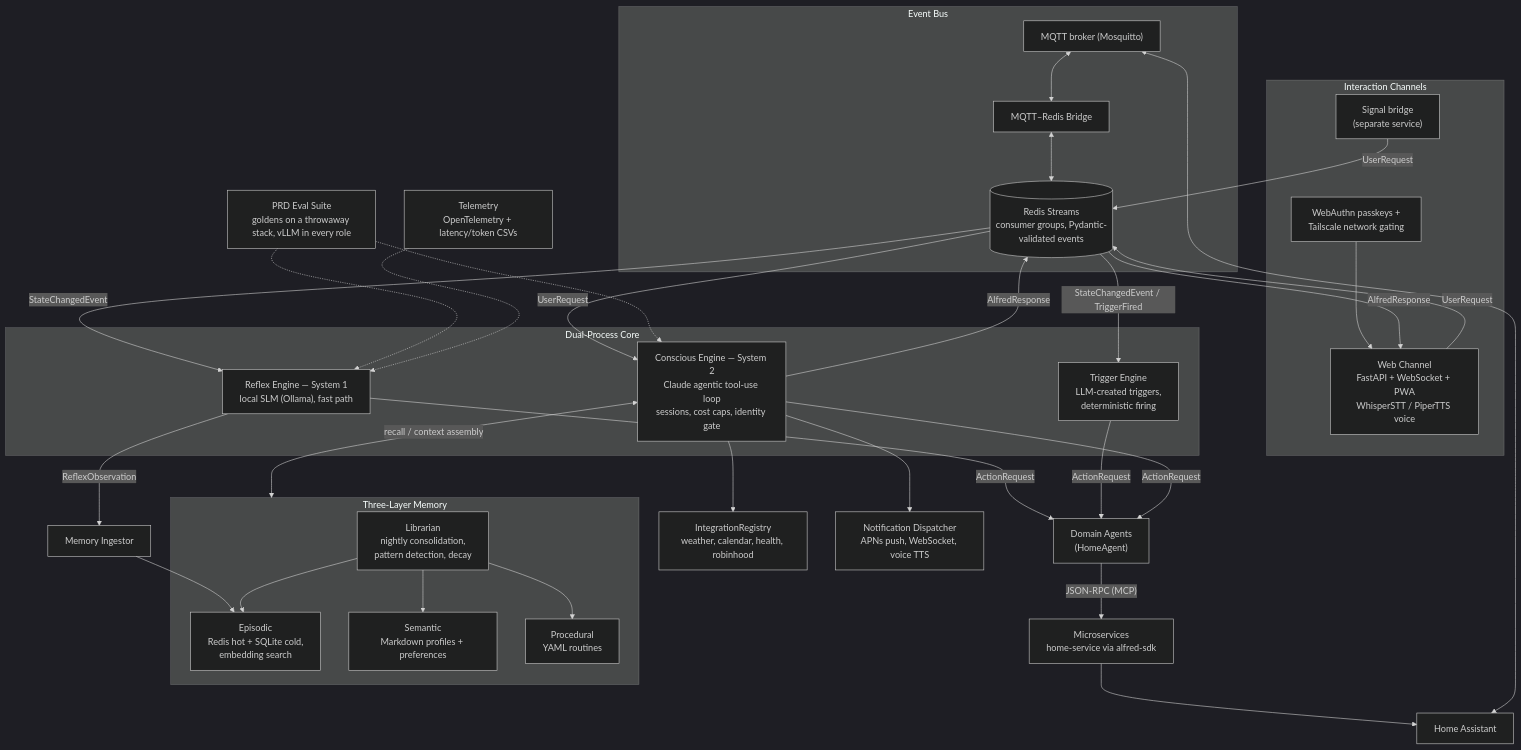
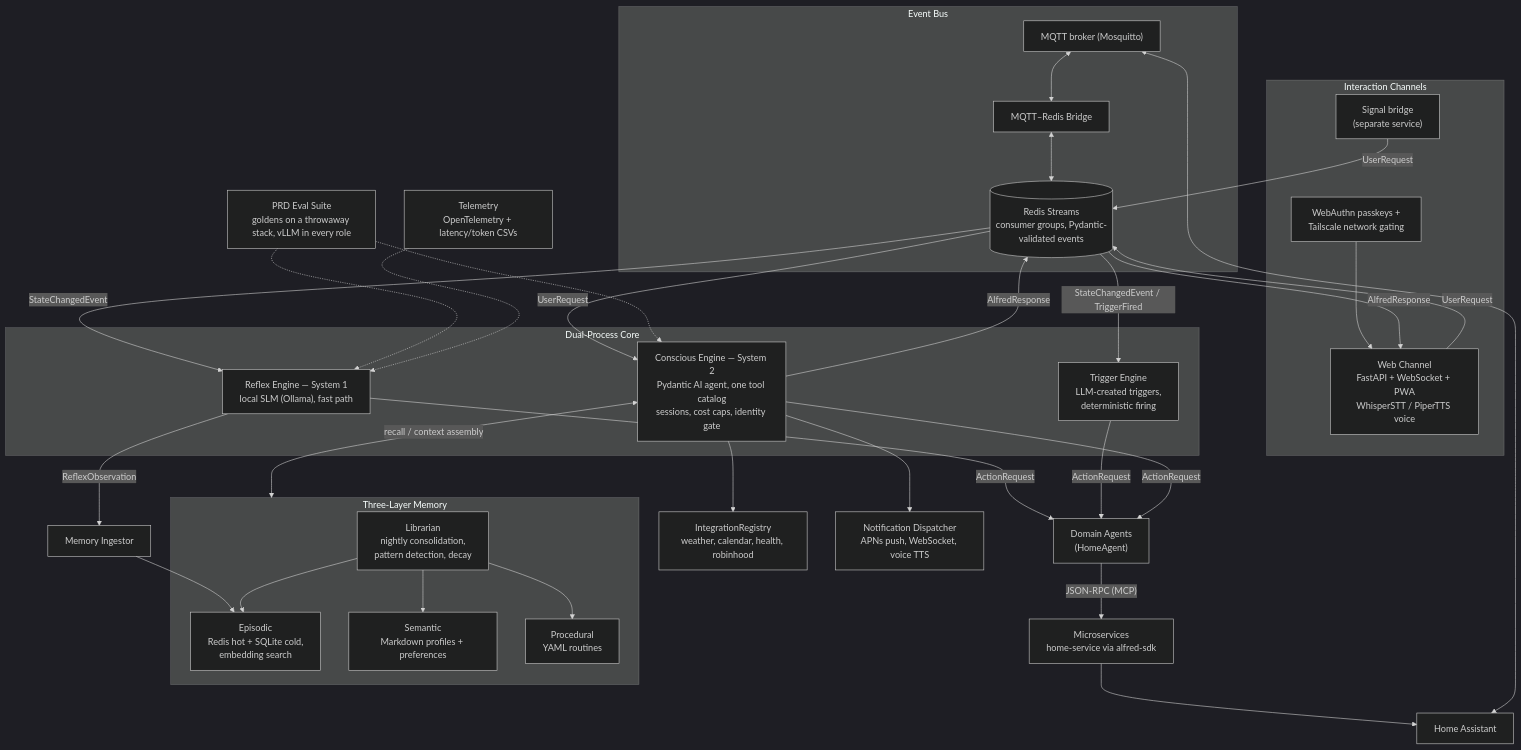
Before and after one commit to anirudhlath/alfred: the diagram in README.md, drawn with Mermaid (dark theme). The commit also changed other lines of this file and 108 other files, not shown here.

First line of the commit message:
feat(conscious): System 2 and the Librarian on Pydantic AI; litellm out (#360)

````diff
--- a/README.md
+++ b/README.md
@@ -18,57 +18,57 @@
 ```mermaid
 flowchart TB
     subgraph BUS["Event Bus"]
         MQTT["MQTT broker (Mosquitto)"] <--> Bridge["MQTT–Redis Bridge"]
         Bridge <--> Streams[("Redis Streams<br/>consumer groups, Pydantic-validated events")]
     end
 
     HA["Home Assistant"] <--> MQTT
 
     subgraph CHANNELS["Interaction Channels"]
         WebAuthn["WebAuthn passkeys +<br/>Tailscale network gating"] --> WebChannel
         WebChannel["Web Channel<br/>FastAPI + WebSocket + PWA<br/>WhisperSTT / PiperTTS voice"]
         SignalBridge["Signal bridge<br/>(separate service)"]
     end
 
     WebChannel -->|UserRequest| Streams
     SignalBridge -->|UserRequest| Streams
     Streams -->|AlfredResponse| WebChannel
 
     subgraph CORE["Dual-Process Core"]
         Reflex["Reflex Engine — System 1<br/>local SLM (Ollama), fast path"]
         Triggers["Trigger Engine<br/>LLM-created triggers,<br/>deterministic firing"]
-        Conscious["Conscious Engine — System 2<br/>Claude agentic tool-use loop<br/>sessions, cost caps, identity gate"]
+        Conscious["Conscious Engine — System 2<br/>Pydantic AI agent, one tool catalog<br/>sessions, cost caps, identity gate"]
     end
 
     Streams -->|StateChangedEvent| Reflex
     Streams -->|StateChangedEvent / TriggerFired| Triggers
     Streams -->|UserRequest| Conscious
     Conscious -->|AlfredResponse| Streams
 
     Reflex -->|ActionRequest| Agents
     Triggers -->|ActionRequest| Agents
     Conscious -->|ActionRequest| Agents
 
     Agents["Domain Agents<br/>(HomeAgent)"] -->|"JSON-RPC (MCP)"| Services["Microservices<br/>home-service via alfred-sdk"]
     Services --> HA
 
     subgraph MEMORY["Three-Layer Memory"]
         Episodic["Episodic<br/>Redis hot + SQLite cold,<br/>embedding search"]
         Semantic["Semantic<br/>Markdown profiles + preferences"]
         Procedural["Procedural<br/>YAML routines"]
         Librarian["Librarian<br/>nightly consolidation,<br/>pattern detection, decay"]
     end
 
     Reflex -->|ReflexObservation| Ingestor["Memory Ingestor"] --> Episodic
     Conscious <-->|recall / context assembly| MEMORY
     Librarian --> Episodic
     Librarian --> Semantic
     Librarian --> Procedural
 
     Conscious --> Integrations["IntegrationRegistry<br/>weather, calendar, health, robinhood"]
     Conscious --> Notify["Notification Dispatcher<br/>APNs push, WebSocket, voice TTS"]
 
     Evals["PRD Eval Suite<br/>goldens on a throwaway stack, vLLM in every role"] -.-> Reflex
     Evals -.-> Conscious
     Telemetry["Telemetry<br/>OpenTelemetry + latency/token CSVs"] -.-> Reflex
 ```
````
